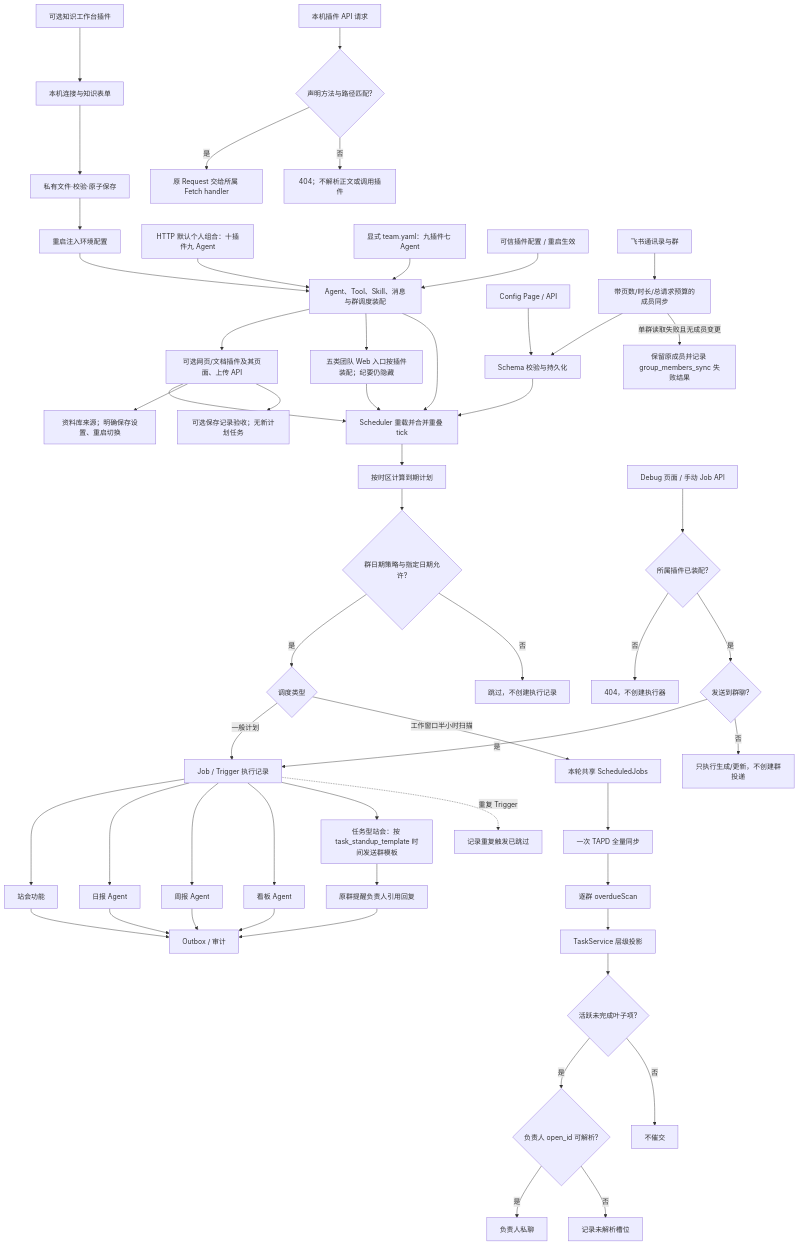
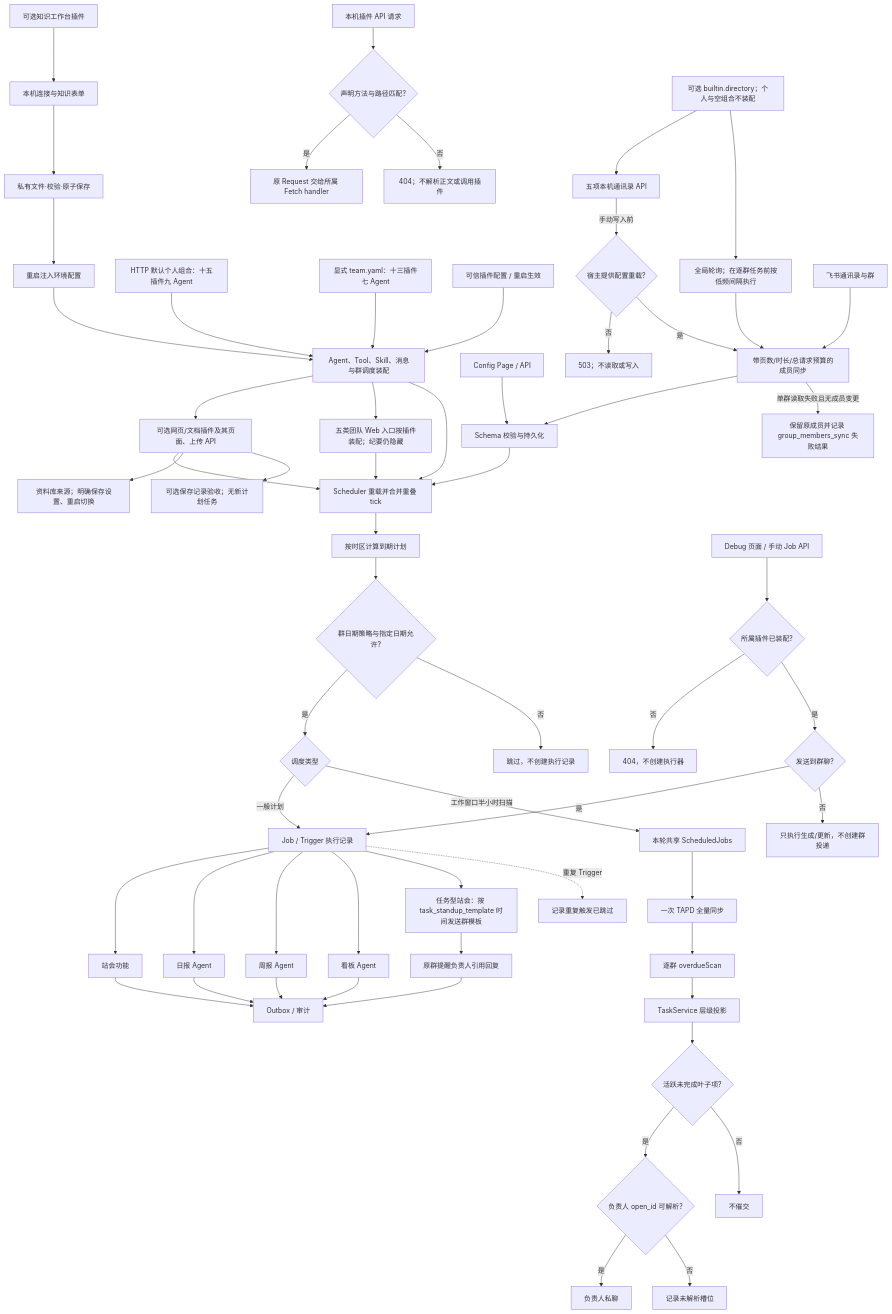
One commit to KlayPeter/AI-Delivery-Ops-Agent changed the first of 2 diagrams in backend/src/core/configuration-scheduling/FEATURE.md. Above: the diagram before and after it, drawn with Mermaid. The commit also changed other lines of this file and 35 other files, not shown here.

Commit message:
refactor: make team directory APIs and sync plugin-owned

````diff
--- a/backend/src/core/configuration-scheduling/FEATURE.md
+++ b/backend/src/core/configuration-scheduling/FEATURE.md
@@ -21,56 +21,62 @@
 ```mermaid
 flowchart TD
     KWP[可选知识工作台插件] --> LC[本机连接与知识表单]
     LC --> LF[私有文件·校验·原子保存]
     LF --> BOOT[重启注入环境配置]
     BOOT --> PH
-    PERSONAL[HTTP 默认个人组合：十插件九 Agent] --> PH
-    TEAM[显式 team.yaml：九插件七 Agent] --> PH
+    PERSONAL[HTTP 默认个人组合：十五插件九 Agent] --> PH
+    TEAM[显式 team.yaml：十三插件七 Agent] --> PH
     PC["可信插件配置 / 重启生效"] --> PH["Agent、Tool、Skill、消息与群调度装配"]
     PH --> COL[可选网页/文档插件及其页面、上传 API]
     COL --> E
     PH --> VIS[五类团队 Web 入口按插件装配；纪要仍隐藏]
     WREQ[本机插件 API 请求] --> WMATCH{声明方法与路径匹配?}
     WMATCH -- 是 --> WHANDLER[原 Request 交给所属 Fetch handler]
     WMATCH -- 否 --> W404[404；不解析正文或调用插件]
     VIS --> E
     PH --> E
     A["Config Page / API"] --> B["Schema 校验与持久化"]
+    DIRECTORY[可选 builtin.directory；个人与空组合不装配] --> DAPI[五项本机通讯录 API]
+    DAPI -- 手动写入前 --> RELOAD{宿主提供配置重载?}
+    RELOAD -- 否 --> UNSUPPORTED[503；不读取或写入]
+    RELOAD -- 是 --> D
+    DIRECTORY --> GP[全局轮询；在逐群任务前按低频间隔执行]
+    GP --> D
     C["飞书通讯录与群"] --> D["带页数/时长/总请求预算的成员同步"]
     D --> B
     D -- 单群读取失败且无成员变更 --> MSFAIL[保留原成员并记录 group_members_sync 失败结果]
     B --> E["Scheduler 重载并合并重叠 tick"]
     E --> F["按时区计算到期计划"]
     F --> HC{"群日期策略与指定日期允许?"}
     HC -- "是" --> L{"调度类型"}
     HC -- "否" --> HS["跳过，不创建执行记录"]
     L -- "一般计划" --> G["Job / Trigger 执行记录"]
     L -- "工作窗口半小时扫描" --> S["本轮共享 ScheduledJobs"]
     S --> T["一次 TAPD 全量同步"]
     T --> M["逐群 overdueScan"]
     M --> P["TaskService 层级投影"]
     P --> Q{"活跃未完成叶子项?"}
     Q -- "是" --> V{"负责人 open_id 可解析?"}
     Q -- "否" --> R["不催交"]
     V -- "是" --> N["负责人私聊"]
     V -- "否" --> U["记录未解析槽位"]
     G --> H["站会功能"]
     G --> I["日报 Agent"]
     G --> W["周报 Agent"]
     G --> J["看板 Agent"]
     D2["Debug 页面 / 手动 Job API"] --> OWNER{所属插件已装配?}
     OWNER -- 否 --> REJECT[404，不创建执行器]
     OWNER -- 是 --> G2{"发送到群聊?"}
     G2 -- "是" --> G
     G2 -- "否" --> U2["只执行生成/更新，不创建群投递"]
     H --> K["Outbox / 审计"]
     G --> TS["任务型站会：按 task_standup_template 时间发送群模板"]
     TS --> TR["原群提醒负责人引用回复"]
     TR --> K
     I --> K
     W --> K
     J --> K
     G -. "重复 Trigger" .-> X["记录重复触发已跳过"]
     COL --> KLIB[资料库来源；明确保存设置、重启切换]
     COL --> QCR[可选保存记录验收；无新计划任务]
 ```
````
